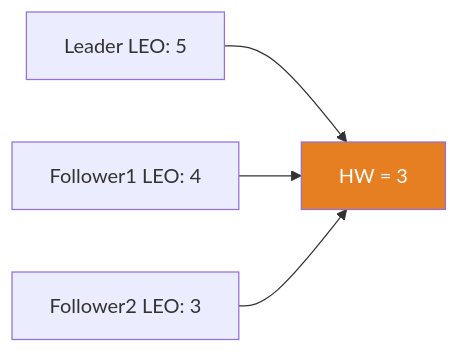
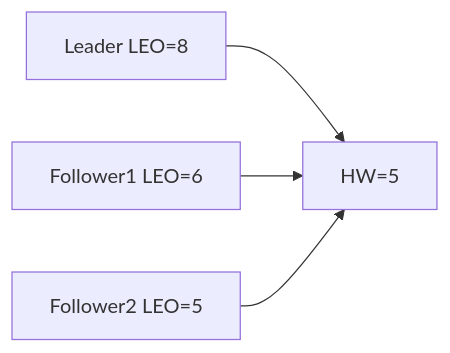
One commit to yjkim2015/yjkim2015.github.io changed the third of 5 diagrams in _posts/kafka/2026-05-01-kafka-replication.md. Above: the diagram before and after it, drawn with Mermaid. The commit also changed other lines of this file and 4 other files, not shown here.

````diff
--- a/_posts/kafka/2026-05-01-kafka-replication.md
+++ b/_posts/kafka/2026-05-01-kafka-replication.md
@@ -82,7 +131,6 @@
 ```mermaid
 graph LR
-    L["Leader LEO: 5"] --> HW["HW = 3"]
-    F1["Follower1 LEO: 4"] --> HW
-    F2["Follower2 LEO: 3"] --> HW
-    style HW fill:#e67e22,color:#fff
+    L["Leader LEO=8"] --> HW["HW=5"]
+    F1["Follower1 LEO=6"] --> HW
+    F2["Follower2 LEO=5"] --> HW
 ```
````
